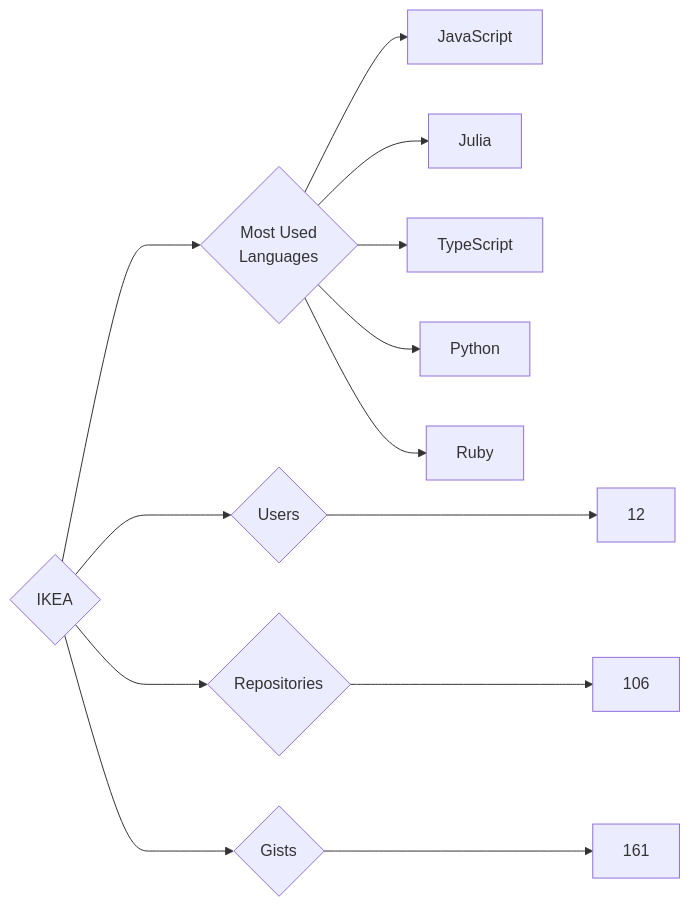
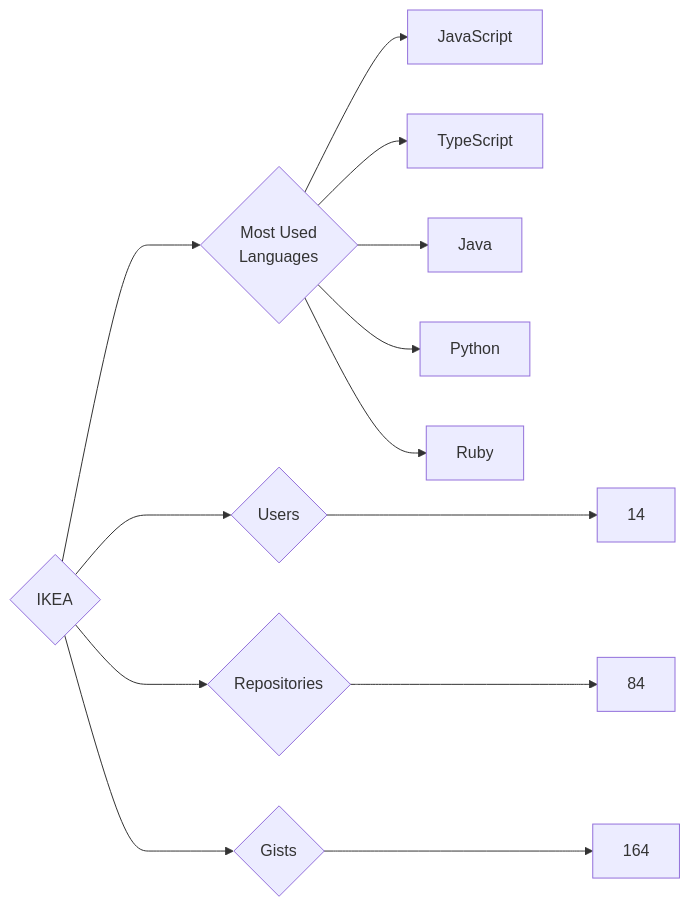
Before and after one commit to trickest/insiders: the diagram in targets/IKEA/README.md, drawn with Mermaid. The commit also changed 916 other files, not shown here.

````diff
--- a/targets/IKEA/README.md
+++ b/targets/IKEA/README.md
@@ -3,13 +3,13 @@
 ```mermaid
 graph LR
 COMPANY_NAME{IKEA}
-COMPANY_NAME ---> U{Users} ---> UN[12]
-COMPANY_NAME ---> R{Repositories} ---> RN[106]
-COMPANY_NAME ---> G{Gists} ---> GN[161]
+COMPANY_NAME ---> U{Users} ---> UN[14]
+COMPANY_NAME ---> R{Repositories} ---> RN[84]
+COMPANY_NAME ---> G{Gists} ---> GN[164]
 COMPANY_NAME ---> ML{Most Used<br>Languages}
 ML --> JavaScript[JavaScript]
-ML --> Julia[Julia]
 ML --> TypeScript[TypeScript]
+ML --> Java[Java]
 ML --> Python[Python]
 ML --> Ruby[Ruby]
 ```
````
